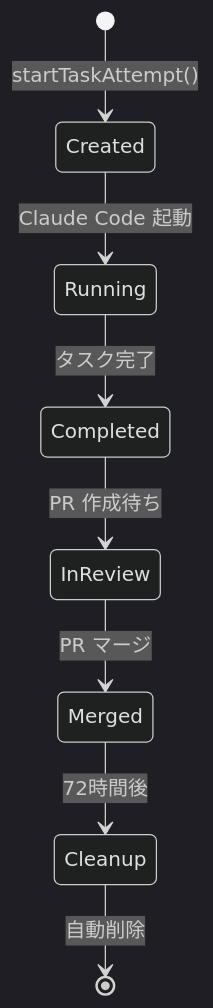
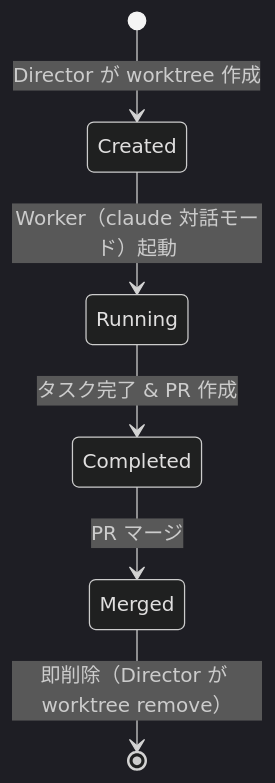
One commit to einja-inc/einja-management-template changed the third of 4 diagrams in docs/einja/steering/branch-strategy.md. Above: the diagram before and after it, drawn with Mermaid (dark theme). The commit also changed other lines of this file and 51 other files, not shown here.

````diff
--- a/docs/einja/steering/branch-strategy.md
+++ b/docs/einja/steering/branch-strategy.md
@@ -150,10 +149,8 @@
 ```mermaid
 stateDiagram-v2
-    [*] --> Created: startTaskAttempt()
-    Created --> Running: Claude Code 起動
-    Running --> Completed: タスク完了
-    Completed --> InReview: PR 作成待ち
-    InReview --> Merged: PR マージ
-    Merged --> Cleanup: 72時間後
-    Cleanup --> [*]: 自動削除
+    [*] --> Created: Director が worktree 作成
+    Created --> Running: Worker（claude 対話モード）起動
+    Running --> Completed: タスク完了 & PR 作成
+    Completed --> Merged: PR マージ
+    Merged --> [*]: 即削除（Director が worktree remove）
 ```
````
